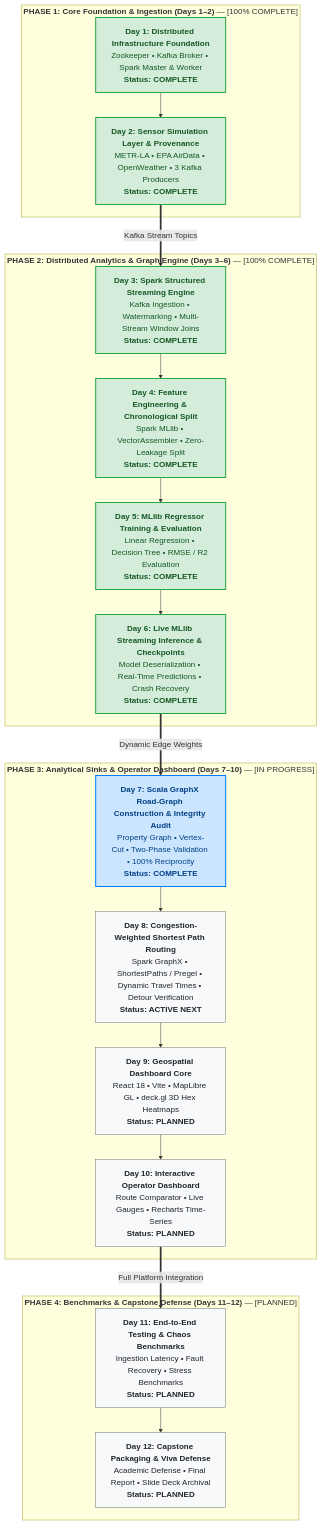
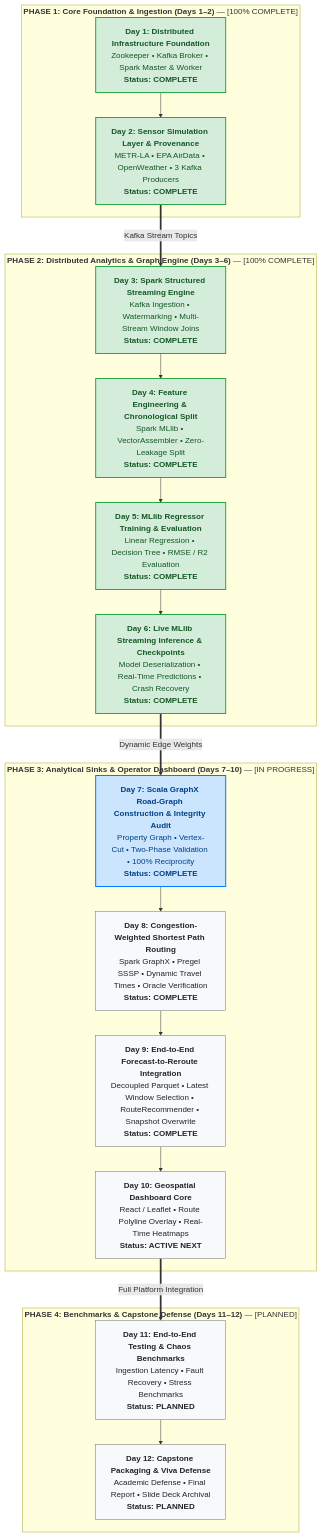
One commit to charan21042005/urbanix changed the diagram in _day-notes/README.md. Above: the diagram before and after it, drawn with Mermaid. The commit also changed other lines of this file and 3 other files, not shown here.

Commit message:
docs(day9): author integration runbook, final engineering report, and roadmap updates

````diff
--- a/_day-notes/README.md
+++ b/_day-notes/README.md
@@ -21,53 +23,53 @@
 ```mermaid
 graph TD
     %% Phase 1: Core Foundation & Ingestion
     subgraph P1["<b>PHASE 1: Core Foundation & Ingestion (Days 1–2)</b> — [100% COMPLETE]"]
         D1["<b>Day 1: Distributed Infrastructure Foundation</b><br>Zookeeper • Kafka Broker • Spark Master & Worker<br><b>Status: COMPLETE</b>"]
         D2["<b>Day 2: Sensor Simulation Layer & Provenance</b><br>METR-LA • EPA AirData • OpenWeather • 3 Kafka Producers<br><b>Status: COMPLETE</b>"]
         D1 --> D2
     end
 
     %% Phase 2: Distributed Analytics & Graph Engine
     subgraph P2["<b>PHASE 2: Distributed Analytics & Graph Engine (Days 3–6)</b> — [100% COMPLETE]"]
         D3["<b>Day 3: Spark Structured Streaming Engine</b><br>Kafka Ingestion • Watermarking • Multi-Stream Window Joins<br><b>Status: COMPLETE</b>"]
         D4["<b>Day 4: Feature Engineering & Chronological Split</b><br>Spark MLlib • VectorAssembler • Zero-Leakage Split<br><b>Status: COMPLETE</b>"]
         D5["<b>Day 5: MLlib Regressor Training & Evaluation</b><br>Linear Regression • Decision Tree • RMSE / R2 Evaluation<br><b>Status: COMPLETE</b>"]
         D6["<b>Day 6: Live MLlib Streaming Inference & Checkpoints</b><br>Model Deserialization • Real-Time Predictions • Crash Recovery<br><b>Status: COMPLETE</b>"]
         D3 --> D4 --> D5 --> D6
     end
 
     %% Phase 3: Analytical Sinks & Operator Dashboard
     subgraph P3["<b>PHASE 3: Analytical Sinks & Operator Dashboard (Days 7–10)</b> — [IN PROGRESS]"]
         D7["<b>Day 7: Scala GraphX Road-Graph Construction & Integrity Audit</b><br>Property Graph • Vertex-Cut • Two-Phase Validation • 100% Reciprocity<br><b>Status: COMPLETE</b>"]
-        D8["<b>Day 8: Congestion-Weighted Shortest Path Routing</b><br>Spark GraphX • ShortestPaths / Pregel • Dynamic Travel Times • Detour Verification<br><b>Status: ACTIVE NEXT</b>"]
-        D9["<b>Day 9: Geospatial Dashboard Core</b><br>React 18 • Vite • MapLibre GL • deck.gl 3D Hex Heatmaps<br><b>Status: PLANNED</b>"]
-        D10["<b>Day 10: Interactive Operator Dashboard</b><br>Route Comparator • Live Gauges • Recharts Time-Series<br><b>Status: PLANNED</b>"]
+        D8["<b>Day 8: Congestion-Weighted Shortest Path Routing</b><br>Spark GraphX • Pregel SSSP • Dynamic Travel Times • Oracle Verification<br><b>Status: COMPLETE</b>"]
+        D9["<b>Day 9: End-to-End Forecast-to-Reroute Integration</b><br>Decoupled Parquet • Latest Window Selection • RouteRecommender • Snapshot Overwrite<br><b>Status: COMPLETE</b>"]
+        D10["<b>Day 10: Geospatial Dashboard Core</b><br>React / Leaflet • Route Polyline Overlay • Real-Time Heatmaps<br><b>Status: ACTIVE NEXT</b>"]
         D7 --> D8 --> D9 --> D10
     end
 
     %% Phase 4: Benchmarks & Defense
     subgraph P4["<b>PHASE 4: Benchmarks & Capstone Defense (Days 11–12)</b> — [PLANNED]"]
         D11["<b>Day 11: End-to-End Testing & Chaos Benchmarks</b><br>Ingestion Latency • Fault Recovery • Stress Benchmarks<br><b>Status: PLANNED</b>"]
         D12["<b>Day 12: Capstone Packaging & Viva Defense</b><br>Academic Defense • Final Report • Slide Deck Archival<br><b>Status: PLANNED</b>"]
         D11 --> D12
     end
 
     %% Inter-Phase Transitions
     D2 ==>|Kafka Stream Topics| D3
     D6 ==>|Dynamic Edge Weights| D7
     D10 ==>|Full Platform Integration| D11
 
     %% Explicit High-Contrast Styling (Guaranteed Readability in Light & Dark Themes)
     style D1 fill:#d4edda,stroke:#28a745,stroke-width:2px,color:#155724
     style D2 fill:#d4edda,stroke:#28a745,stroke-width:2px,color:#155724
     style D3 fill:#d4edda,stroke:#28a745,stroke-width:2px,color:#155724
     style D4 fill:#d4edda,stroke:#28a745,stroke-width:2px,color:#155724
     style D5 fill:#d4edda,stroke:#28a745,stroke-width:2px,color:#155724
     style D6 fill:#d4edda,stroke:#28a745,stroke-width:2px,color:#155724
     style D7 fill:#cce5ff,stroke:#007bff,stroke-width:2px,color:#004085
     style D8 fill:#f8f9fa,stroke:#6c757d,stroke-width:1px,color:#212529
     style D9 fill:#f8f9fa,stroke:#6c757d,stroke-width:1px,color:#212529
     style D10 fill:#f8f9fa,stroke:#6c757d,stroke-width:1px,color:#212529
     style D11 fill:#f8f9fa,stroke:#6c757d,stroke-width:1px,color:#212529
     style D12 fill:#f8f9fa,stroke:#6c757d,stroke-width:1px,color:#212529
 ```
````
